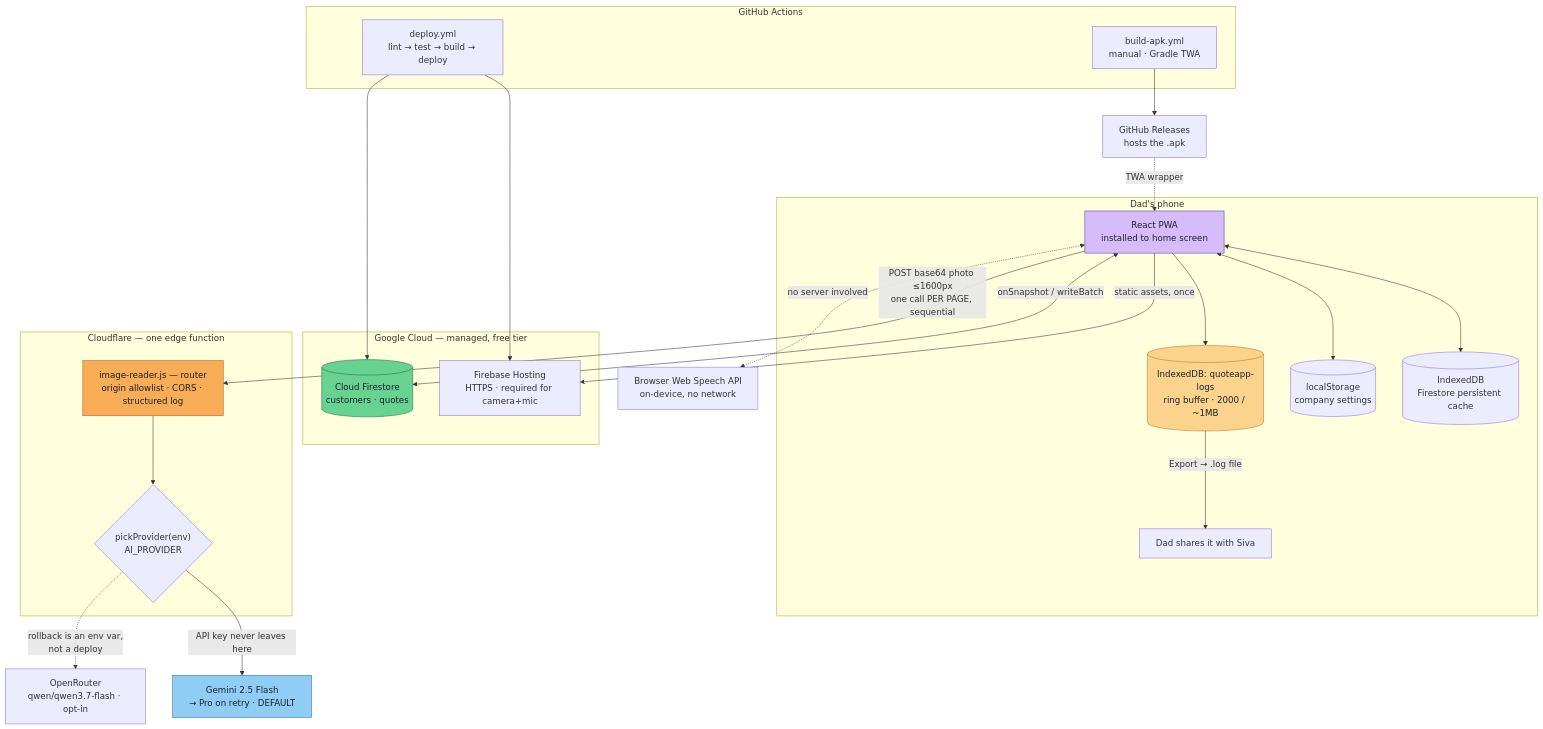
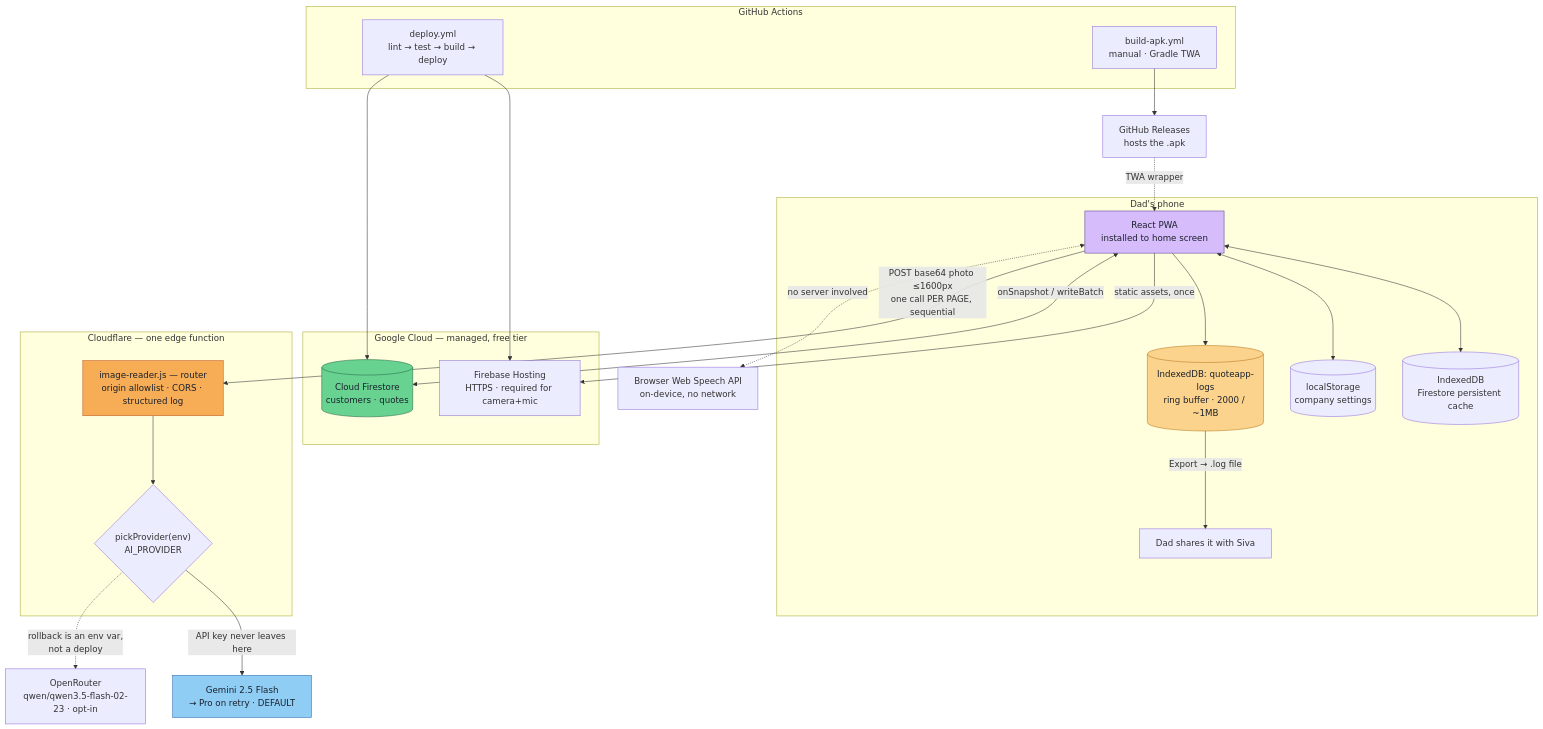
The first of 7 diagrams in DESIGN.md (sivasanka1996/quoteapp), drawn with Mermaid before and after one commit. The commit also changed other lines of this file and 9 other files, not shown here.

````diff
--- a/DESIGN.md
+++ b/DESIGN.md
@@ -66,51 +72,51 @@
 ```mermaid
 flowchart TB
     subgraph device["Dad's phone"]
         pwa["React PWA<br/>installed to home screen"]
         idb[("IndexedDB<br/>Firestore persistent cache")]
         logs[("IndexedDB: quoteapp-logs<br/>ring buffer · 2000 / ~1MB")]
         ls[("localStorage<br/>company settings")]
         pwa <--> idb
         pwa <--> ls
         pwa --> logs
         logs -->|"Export → .log file"| share["Dad shares it with Siva"]
     end
 
     subgraph google["Google Cloud — managed, free tier"]
         host["Firebase Hosting<br/>HTTPS · required for camera+mic"]
         fs[("Cloud Firestore<br/>customers · quotes")]
     end
 
     subgraph cf["Cloudflare — one edge function"]
         wk["image-reader.js — router<br/>origin allowlist · CORS · structured log"]
         prov{"pickProvider(env)<br/>AI_PROVIDER"}
         wk --> prov
     end
 
     gem["Gemini 2.5 Flash<br/>→ Pro on retry · DEFAULT"]
-    orouter["OpenRouter<br/>qwen/qwen3.7-flash · opt-in"]
+    orouter["OpenRouter<br/>qwen/qwen3.5-flash-02-23 · opt-in"]
     speech["Browser Web Speech API<br/>on-device, no network"]
 
     pwa -->|"static assets, once"| host
     pwa <-->|"onSnapshot / writeBatch"| fs
     pwa -->|"POST base64 photo ≤1600px<br/>one call PER PAGE, sequential"| wk
     prov -->|"API key never leaves here"| gem
     prov -.->|"rollback is an env var,<br/>not a deploy"| orouter
     pwa <-.->|"no server involved"| speech
 
     subgraph ci["GitHub Actions"]
         deploy["deploy.yml<br/>lint → test → build → deploy"]
         apk["build-apk.yml<br/>manual · Gradle TWA"]
     end
 
     deploy --> host
     deploy --> fs
     apk --> rel["GitHub Releases<br/>hosts the .apk"]
     rel -.->|"TWA wrapper"| pwa
 
     style wk fill:#f6ad55,stroke:#c05621,color:#1a202c
     style fs fill:#68d391,stroke:#276749,color:#1a202c
     style gem fill:#90cdf4,stroke:#2b6cb0,color:#1a202c
     style pwa fill:#d6bcfa,stroke:#553c9a,color:#1a202c
     style logs fill:#fbd38d,stroke:#b7791f,color:#1a202c
 ```
````
